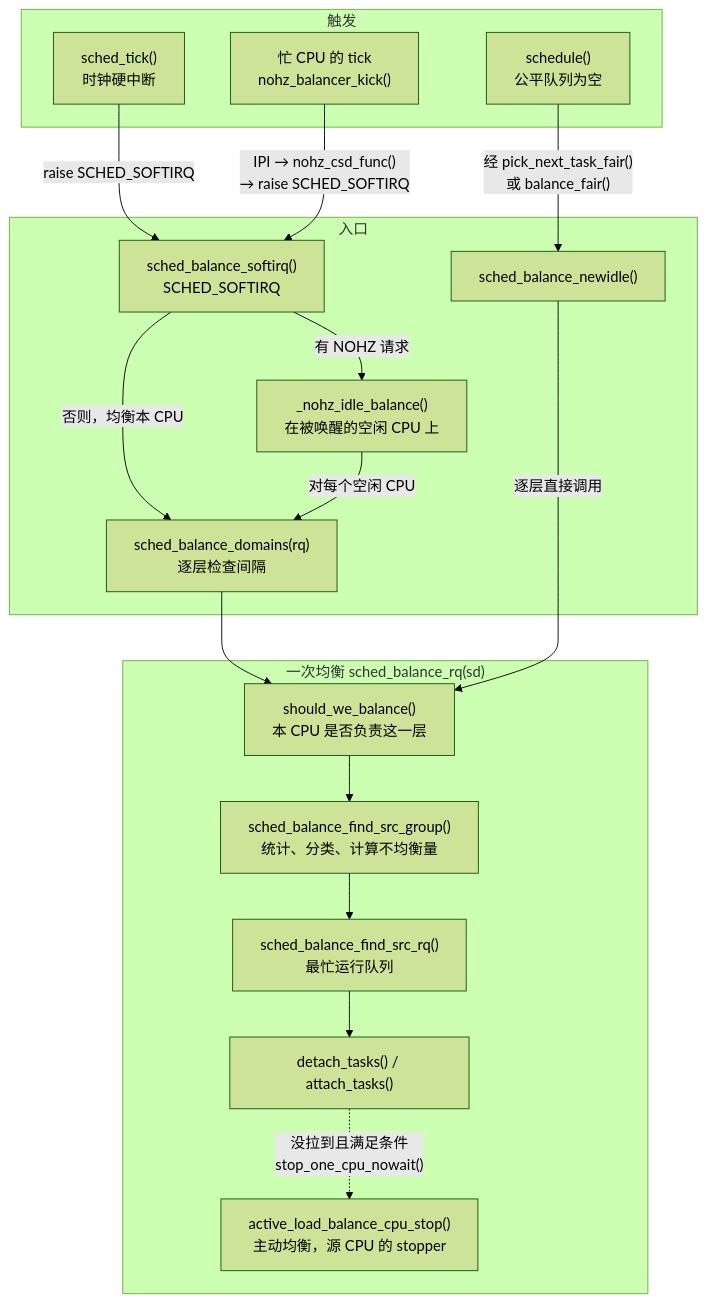
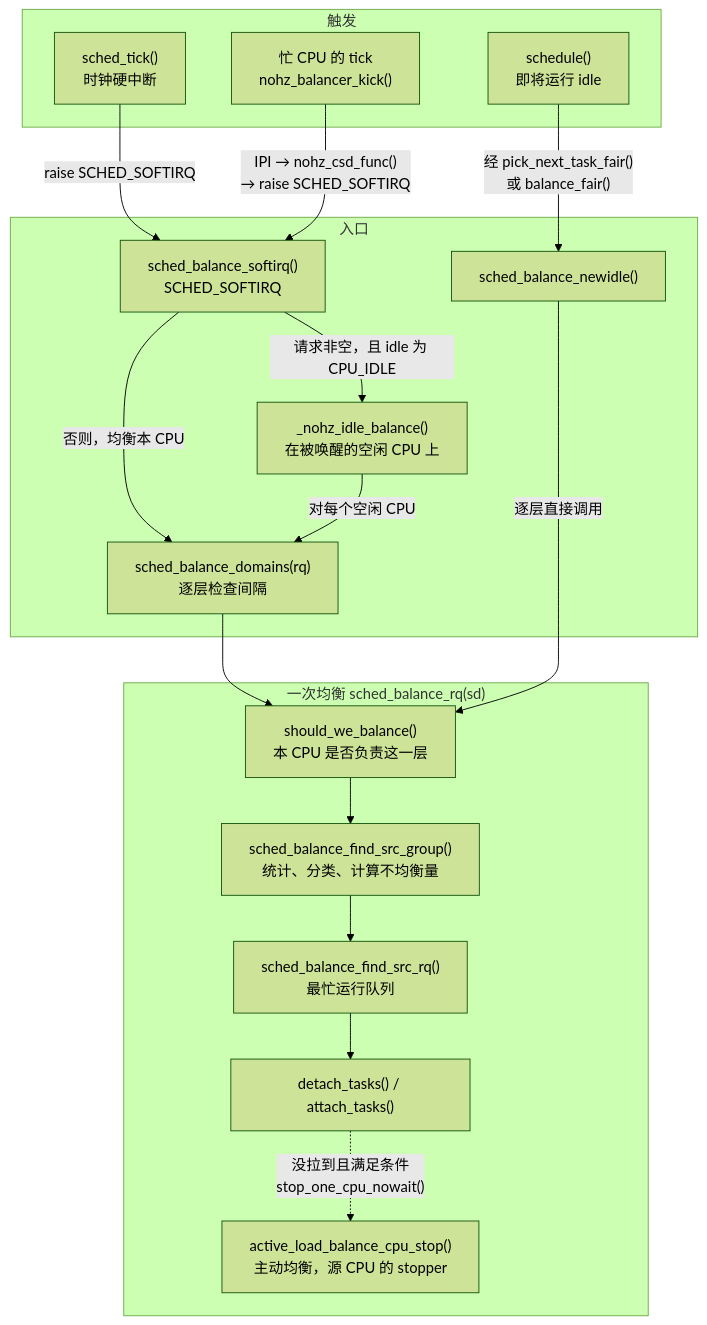
One commit to linuxperf/linux-study changed the first of 6 diagrams in book/sched/loadbalance.md. Above: the diagram before and after it, drawn with Mermaid (forest theme). The commit also changed other lines of this file and 2 other files, not shown here.

````diff
--- a/book/sched/loadbalance.md
+++ b/book/sched/loadbalance.md
@@ -91,31 +92,31 @@
 ```mermaid
 flowchart TB
     subgraph TRIG["触发"]
         T1["sched_tick()<br/>时钟硬中断"]
-        T2["schedule()<br/>公平队列为空"]
+        T2["schedule()<br/>即将运行 idle"]
         T3["忙 CPU 的 tick<br/>nohz_balancer_kick()"]
     end
     subgraph ENTRY["入口"]
         E1["sched_balance_softirq()<br/>SCHED_SOFTIRQ"]
         E2["sched_balance_newidle()"]
         E3["_nohz_idle_balance()<br/>在被唤醒的空闲 CPU 上"]
         E4["sched_balance_domains(rq)<br/>逐层检查间隔"]
     end
     subgraph CORE["一次均衡 sched_balance_rq(sd)"]
         C1["should_we_balance()<br/>本 CPU 是否负责这一层"]
         C2["sched_balance_find_src_group()<br/>统计、分类、计算不均衡量"]
         C3["sched_balance_find_src_rq()<br/>最忙运行队列"]
         C4["detach_tasks() / attach_tasks()"]
         C5["active_load_balance_cpu_stop()<br/>主动均衡，源 CPU 的 stopper"]
     end
     T1 -->|"raise SCHED_SOFTIRQ"| E1
     T2 -->|"经 pick_next_task_fair()<br/>或 balance_fair()"| E2
     T3 -->|"IPI → nohz_csd_func()<br/>→ raise SCHED_SOFTIRQ"| E1
-    E1 -->|"有 NOHZ 请求"| E3
+    E1 -->|"请求非空，且 idle 为 CPU_IDLE"| E3
     E1 -->|"否则，均衡本 CPU"| E4
     E3 -->|"对每个空闲 CPU"| E4
     E4 --> C1
     E2 -->|"逐层直接调用"| C1
     C1 --> C2 --> C3 --> C4
     C4 -.->|"没拉到且满足条件<br/>stop_one_cpu_nowait()"| C5
 ```
````
